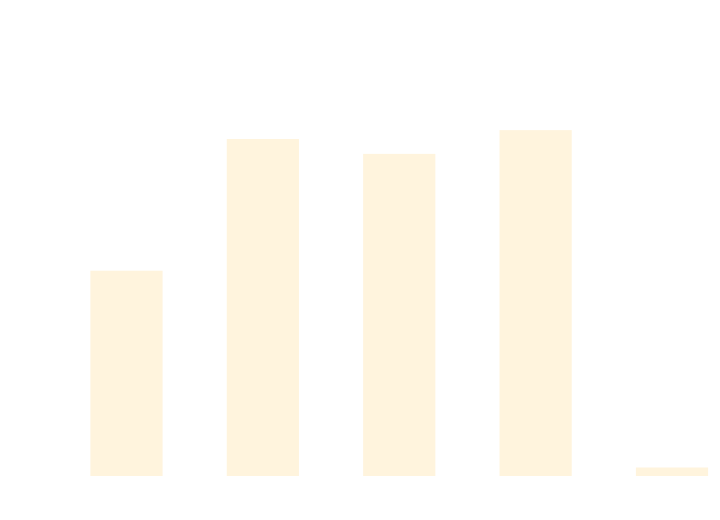
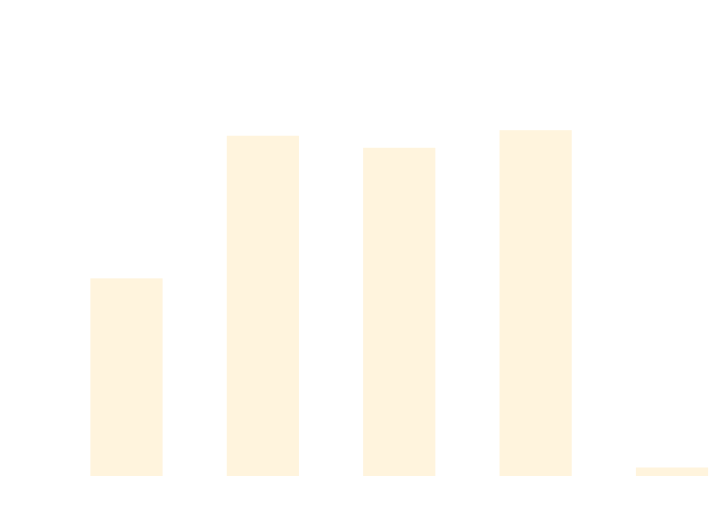
Before and after one commit to thomhurst/TUnit: the diagram in docs/docs/benchmarks/SetupTeardownTests.md, drawn with Mermaid. The commit also changed other lines of this file and 17 other files, not shown here.

````diff
--- a/docs/docs/benchmarks/SetupTeardownTests.md
+++ b/docs/docs/benchmarks/SetupTeardownTests.md
@@ -27,37 +27,37 @@
 ```mermaid
 %%{init: {
   'theme':'base',
   'themeVariables': {
     'primaryColor': '#2563eb',
     'primaryTextColor': '#ffffff',
     'primaryBorderColor': '#1e40af',
     'lineColor': '#6b7280',
     'secondaryColor': '#7c3aed',
     'tertiaryColor': '#dc2626',
     'background': '#ffffff',
     'mainBkg': '#2563eb',
     'secondBkg': '#7c3aed',
     'tertiaryBkg': '#dc2626',
     'clusterBkg': '#f3f4f6',
     'edgeLabelBackground': '#ffffff',
     'tertiaryTextColor': '#1f2937',
     'pie1': '#2563eb',
     'pie2': '#7c3aed',
     'pie3': '#dc2626',
     'pie4': '#f59e0b',
     'pie5': '#10b981',
     'pie6': '#06b6d4',
     'pie7': '#ec4899',
     'pie8': '#6366f1',
     'pie9': '#84cc16',
     'pie10': '#f97316',
     'pie11': '#14b8a6',
     'pie12': '#a855f7'
   }
 }}%%
 xychart-beta
   title "SetupTeardownTests Performance Comparison"
   x-axis ["TUnit", "NUnit", "MSTest", "xUnit3", "TUnit_AOT"]
-  y-axis "Time (ms)" 0 --> 1481
-  bar [719.6, 1201.2, 1146.9, 1233.7, 0]
+  y-axis "Time (ms)" 0 --> 1441
+  bar [673, 1180.4, 1137.6, 1200.2, 0]
 ```
````
